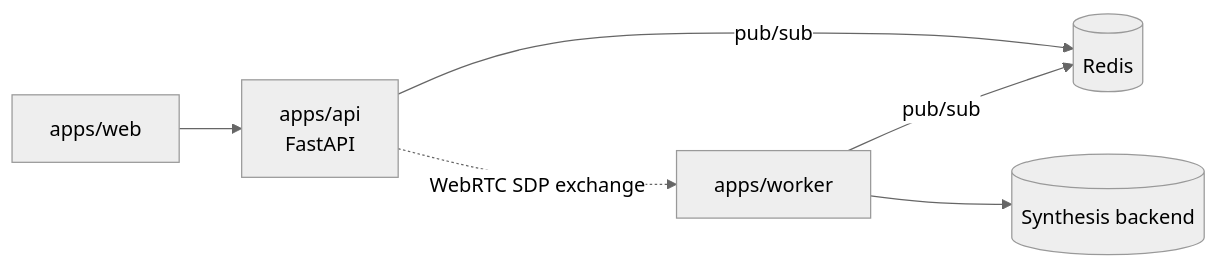
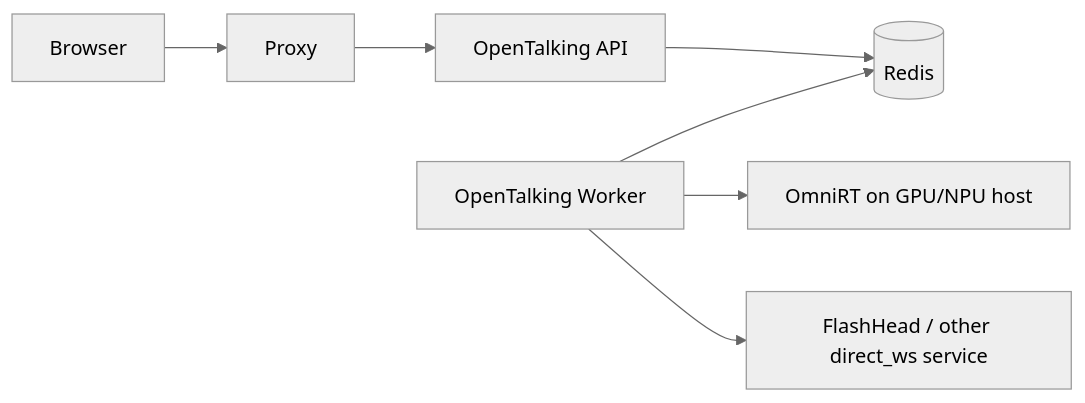
Before and after one commit to datascale-ai/opentalking: the second of 2 diagrams in docs/en/user-guide/deployment.md, drawn with Mermaid (neutral theme). The commit also changed other lines of this file and 3 other files, not shown here.

````diff
--- a/docs/en/user-guide/deployment.md
+++ b/docs/en/user-guide/deployment.md
@@ -62,14 +243,9 @@
 ```mermaid
 flowchart LR
-    Web[apps/web]
-    API[apps/api<br/>FastAPI]
-    Worker[apps/worker]
-    Redis[(Redis)]
-    Backend[(Synthesis backend)]
-
-    Web --> API
-    API -- pub/sub --> Redis
-    Worker -- pub/sub --> Redis
-    Worker --> Backend
-    API -. WebRTC SDP exchange .-> Worker
+    Browser --> Proxy
+    Proxy --> API[OpenTalking API]
+    API --> Redis[(Redis)]
+    Worker[OpenTalking Worker] --> Redis
+    Worker --> OmniRT[OmniRT on GPU/NPU host]
+    Worker --> DirectWS[FlashHead / other direct_ws service]
 ```
````
